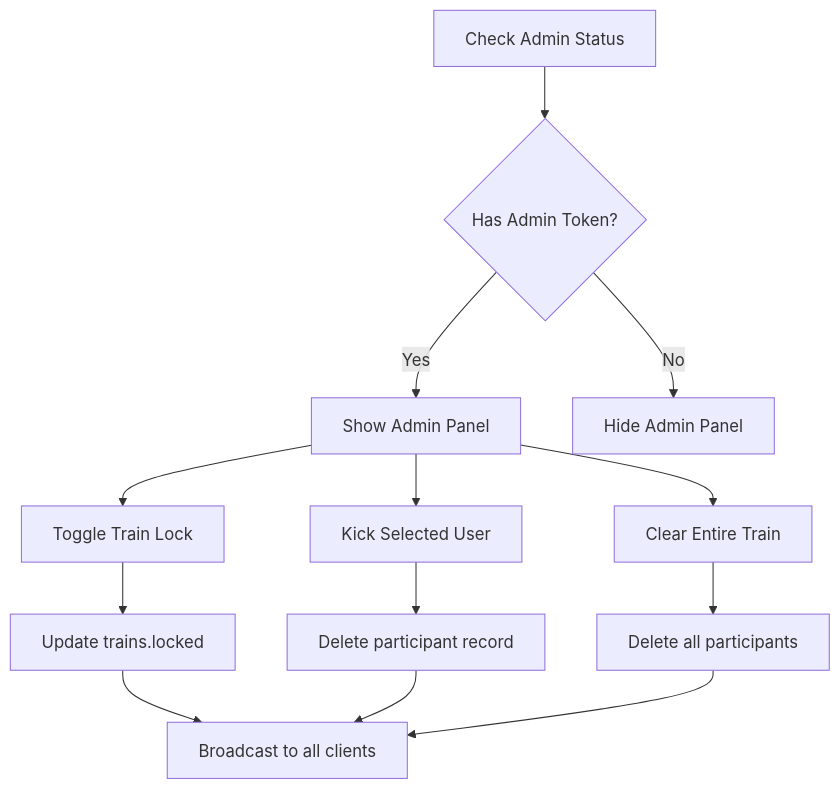
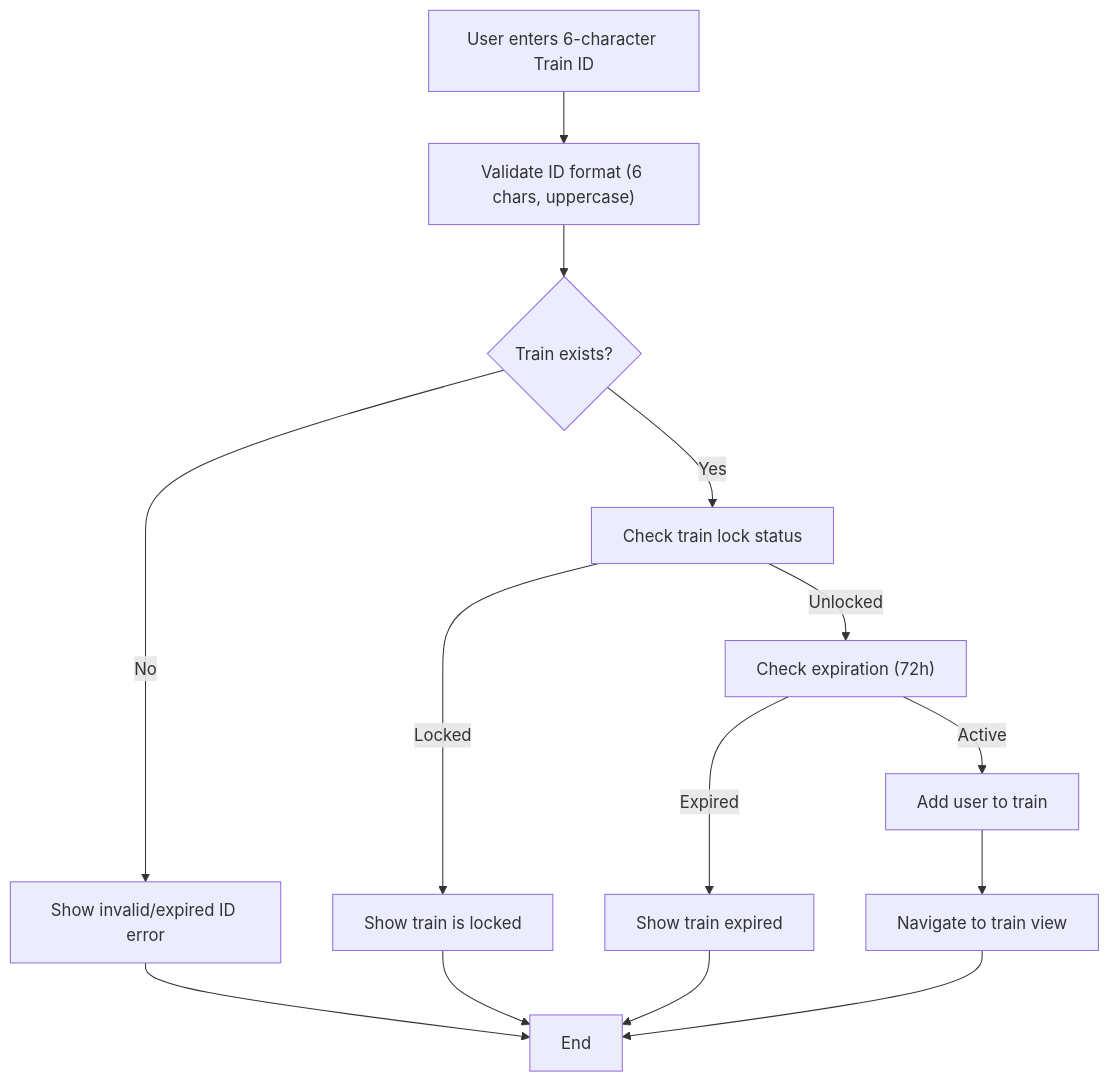
Diagram 13 of 19 in .qoder/repowiki/en/content/Application Architecture.md (TheBooleanJulian/followtrain-v2), drawn with Mermaid before and after one commit. The commit also changed other lines of this file and 202 other files, not shown here.

Commit message:
Implement admin token persistence and recovery system

````diff
--- a/.qoder/repowiki/en/content/Application Architecture.md
+++ b/.qoder/repowiki/en/content/Application Architecture.md
@@ -457,15 +660,16 @@
 ```mermaid
 flowchart TD
-AdminCheck["Check Admin Status"] --> HasToken{"Has Admin Token?"}
-HasToken --> |Yes| ShowPanel["Show Admin Panel"]
-HasToken --> |No| HidePanel["Hide Admin Panel"]
-ShowPanel --> LockToggle["Toggle Train Lock"]
-ShowPanel --> KickUser["Kick Selected User"]
-ShowPanel --> ClearTrain["Clear Entire Train"]
-LockToggle --> UpdateDB["Update trains.locked"]
-KickUser --> DeletePart["Delete participant record"]
-ClearTrain --> BulkDelete["Delete all participants"]
-UpdateDB --> RealTime["Broadcast to all clients"]
-DeletePart --> RealTime
-BulkDelete --> RealTime
+UserInput["User enters 6-character Train ID"] --> ValidateID["Validate ID format (6 chars, uppercase)"]
+ValidateID --> CheckExists{"Train exists?"}
+CheckExists --> |No| ShowError["Show invalid/expired ID error"]
+CheckExists --> |Yes| CheckLock["Check train lock status"]
+CheckLock --> |Locked| ShowLocked["Show train is locked"]
+CheckLock --> |Unlocked| CheckExpiry["Check expiration (72h)"]
+CheckExpiry --> |Expired| ShowExpired["Show train expired"]
+CheckExpiry --> |Active| JoinTrain["Add user to train"]
+JoinTrain --> Navigate["Navigate to train view"]
+ShowError --> End["End"]
+ShowLocked --> End
+ShowExpired --> End
+Navigate --> End
 ```
````
